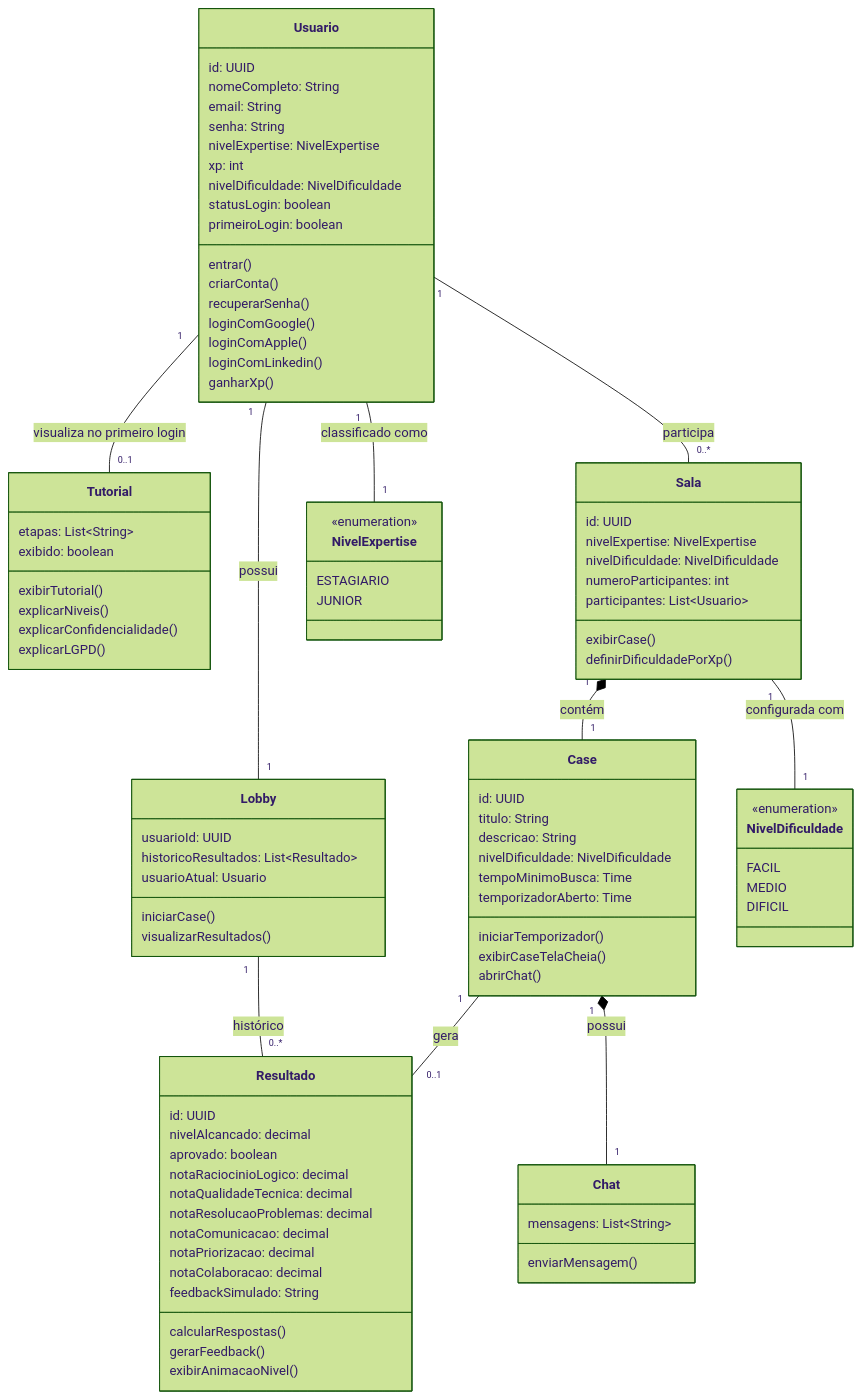
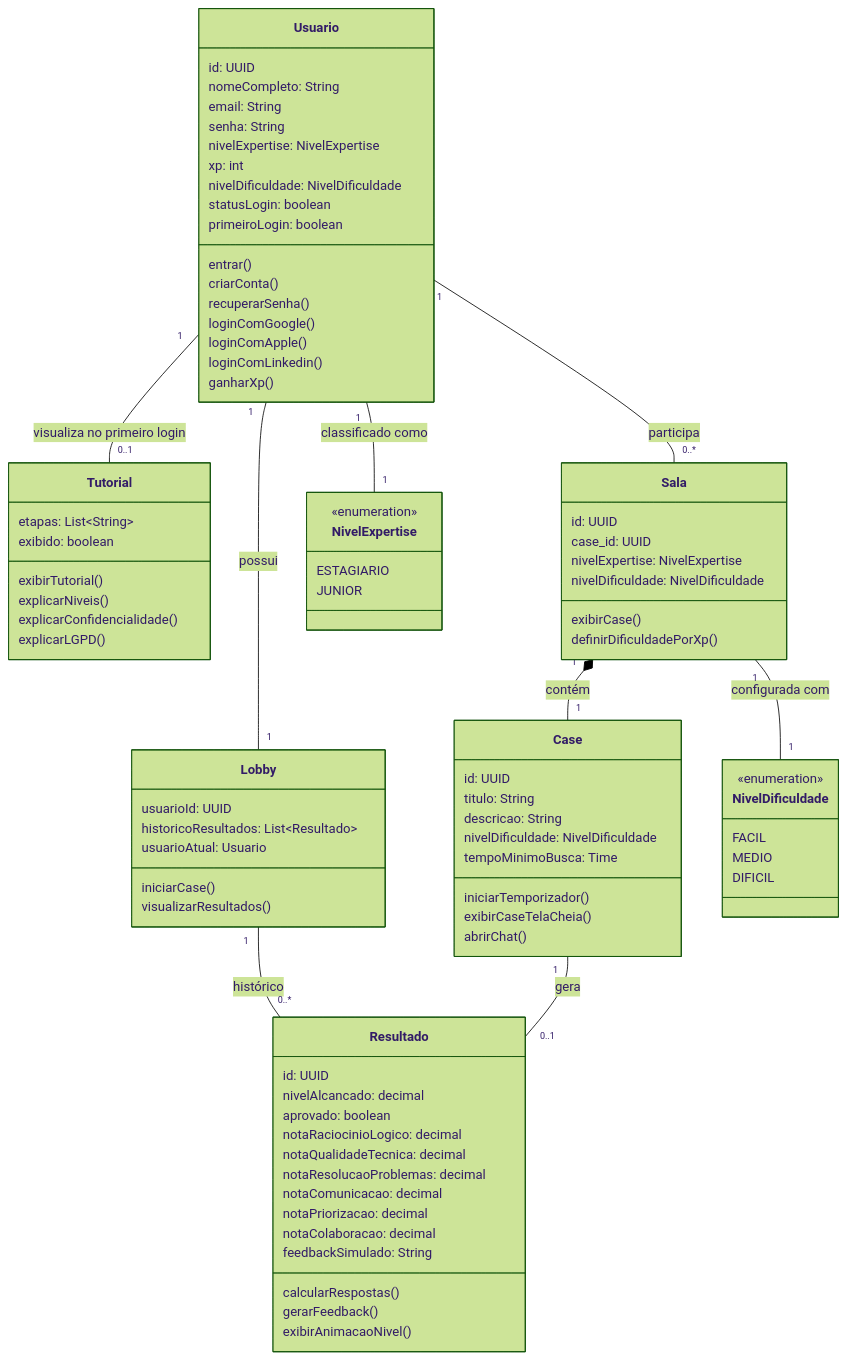
The diagram in docs/arquitetura.md (juninhos-comunidade/thecoders), drawn with Mermaid (forest theme) before and after one commit. The commit also changed other lines of this file, not shown here.

Commit message:
📚 docs(arquitetura): atualiza modelo de domínio e diagrama de classes conforme schema real do Supabase

````diff
--- a/docs/arquitetura.md
+++ b/docs/arquitetura.md
@@ -203,16 +222,15 @@
     exibido: boolean
     exibirTutorial()
     explicarNiveis()
-    explicarConfidencialidade()    
-    explicarLGPD()    
+    explicarConfidencialidade()
+    explicarLGPD()
   }
 
   class Sala {
     id: UUID
+    case_id: UUID
     nivelExpertise: NivelExpertise
     nivelDificuldade: NivelDificuldade
-    numeroParticipantes: int
-    participantes: List~Usuario~
     exibirCase()
     definirDificuldadePorXp()
   }
@@ -223,15 +241,9 @@
     descricao: String
     nivelDificuldade: NivelDificuldade
     tempoMinimoBusca: Time
-    temporizadorAberto: Time
     iniciarTemporizador()
     exibirCaseTelaCheia()
     abrirChat()
-  }
-
-  class Chat {
-    mensagens: List~String~
-    enviarMensagem()
   }
 
   class Resultado {
@@ -270,6 +282,5 @@
   Lobby "1" -- "0..*" Resultado : histórico
   Sala "1" *-- "1" Case : contém
   Sala "1" -- "1" NivelDificuldade : configurada com
-  Case "1" *-- "1" Chat : possui
   Case "1" -- "0..1" Resultado : gera
 ```
````
